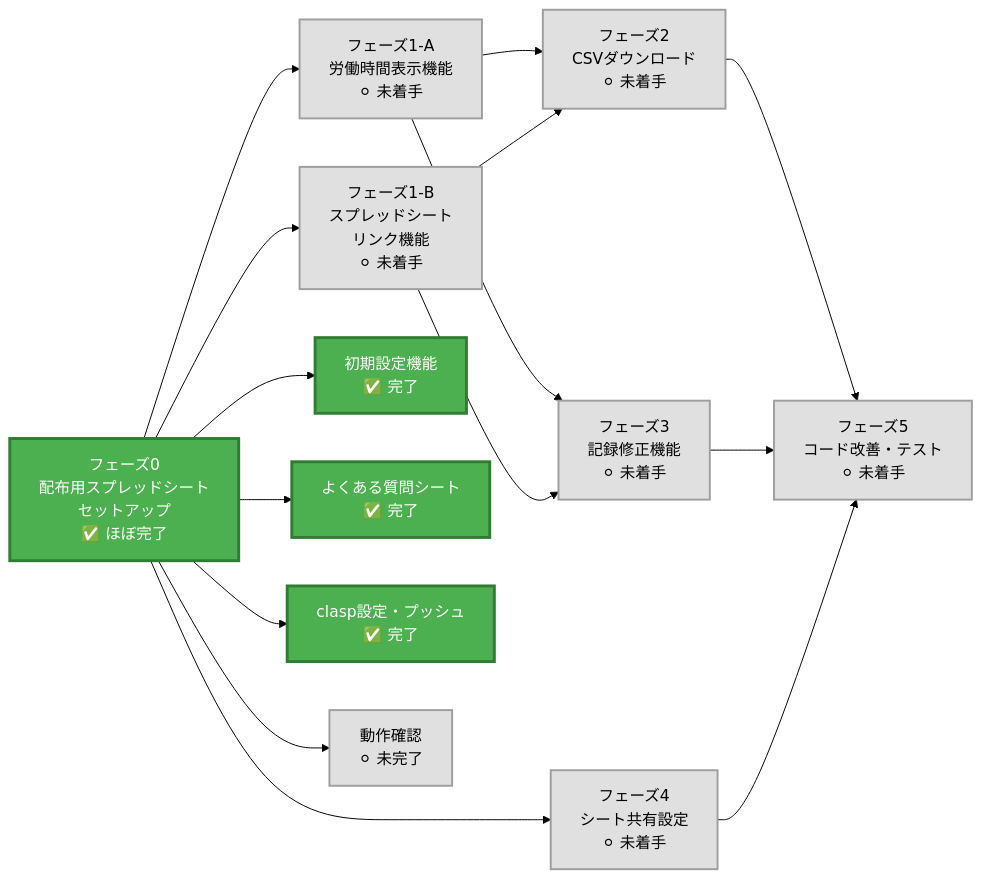
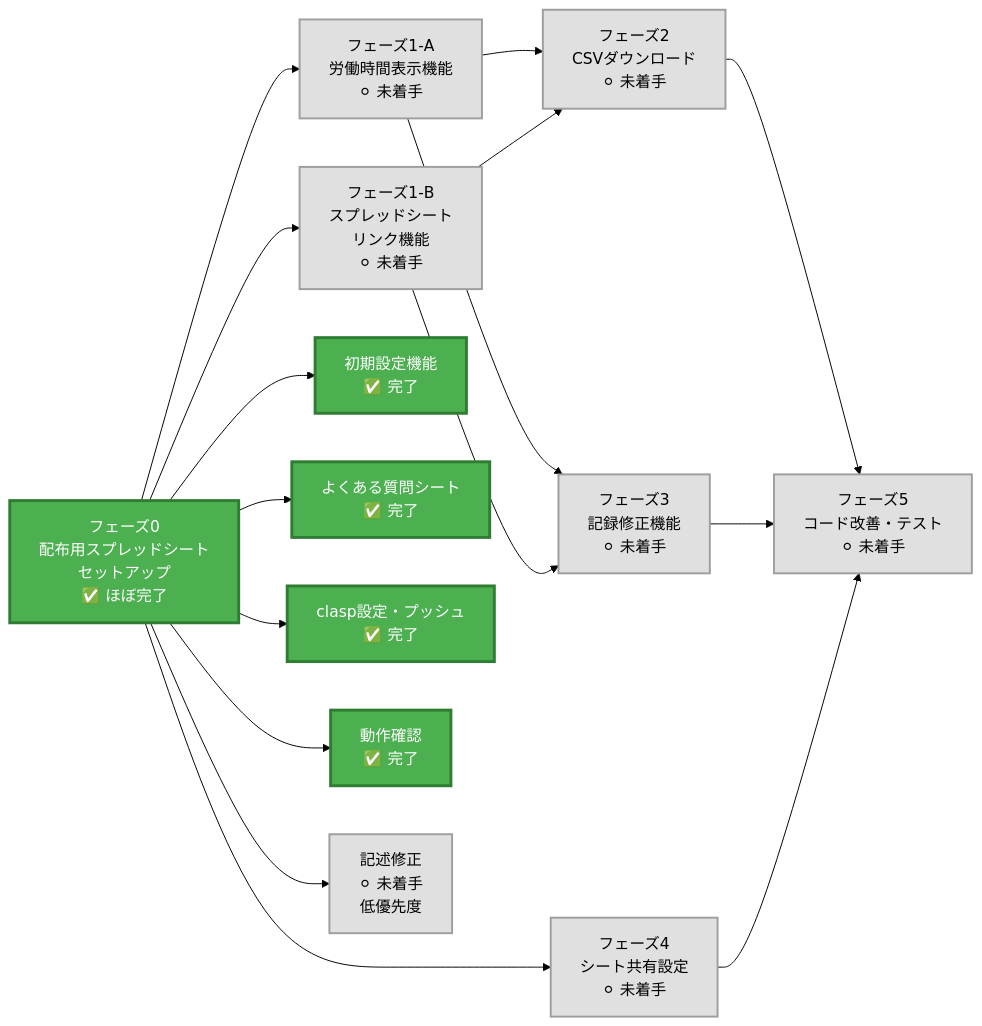
The first of 2 diagrams in TODO.md (KazukiUrano/-), drawn with Mermaid (forest theme) before and after one commit. The commit also changed other lines of this file, not shown here.

````diff
--- a/TODO.md
+++ b/TODO.md
@@ -8,52 +8,54 @@
 ```mermaid
 graph LR
     %% 第1層: フェーズ0
     P0[フェーズ0<br/>配布用スプレッドシート<br/>セットアップ<br/>✅ ほぼ完了]
     
     %% 第2層: フェーズ1（AとBは並列実行可能）
     P1A[フェーズ1-A<br/>労働時間表示機能<br/>⚪ 未着手]
     P1B[フェーズ1-B<br/>スプレッドシート<br/>リンク機能<br/>⚪ 未着手]
     P4[フェーズ4<br/>シート共有設定<br/>⚪ 未着手]
     
     %% 第3層: フェーズ2, 3（フェーズ1完了後）
     P2[フェーズ2<br/>CSVダウンロード<br/>⚪ 未着手]
     P3[フェーズ3<br/>記録修正機能<br/>⚪ 未着手]
     
     %% 第4層: フェーズ5（最終）
     P5[フェーズ5<br/>コード改善・テスト<br/>⚪ 未着手]
     
     %% 依存関係（左から右へ）
     P0 --> P1A
     P0 --> P1B
     P0 --> P4
     
     P1A --> P2
     P1A --> P3
     P1B --> P2
     P1B --> P3
     
     P2 --> P5
     P3 --> P5
     P4 --> P5
     
     %% スタイル設定
     classDef completed fill:#4CAF50,stroke:#2E7D32,stroke-width:3px,color:#fff
     classDef notStarted fill:#E0E0E0,stroke:#9E9E9E,stroke-width:2px,color:#000
     
     class P0 completed
     class P1A,P1B,P2,P3,P4,P5 notStarted
     
     %% フェーズ0の詳細
     P0_1[初期設定機能<br/>✅ 完了]
     P0_2[よくある質問シート<br/>✅ 完了]
     P0_3[clasp設定・プッシュ<br/>✅ 完了]
-    P0_4[動作確認<br/>⚪ 未完了]
+    P0_4[動作確認<br/>✅ 完了]
+    P0_5[記述修正<br/>⚪ 未着手<br/>低優先度]
     
     P0 --> P0_1
     P0 --> P0_2
     P0 --> P0_3
     P0 --> P0_4
+    P0 --> P0_5
     
-    class P0_1,P0_2,P0_3 completed
-    class P0_4 notStarted
+    class P0_1,P0_2,P0_3,P0_4 completed
+    class P0_5 notStarted
 ```
````
